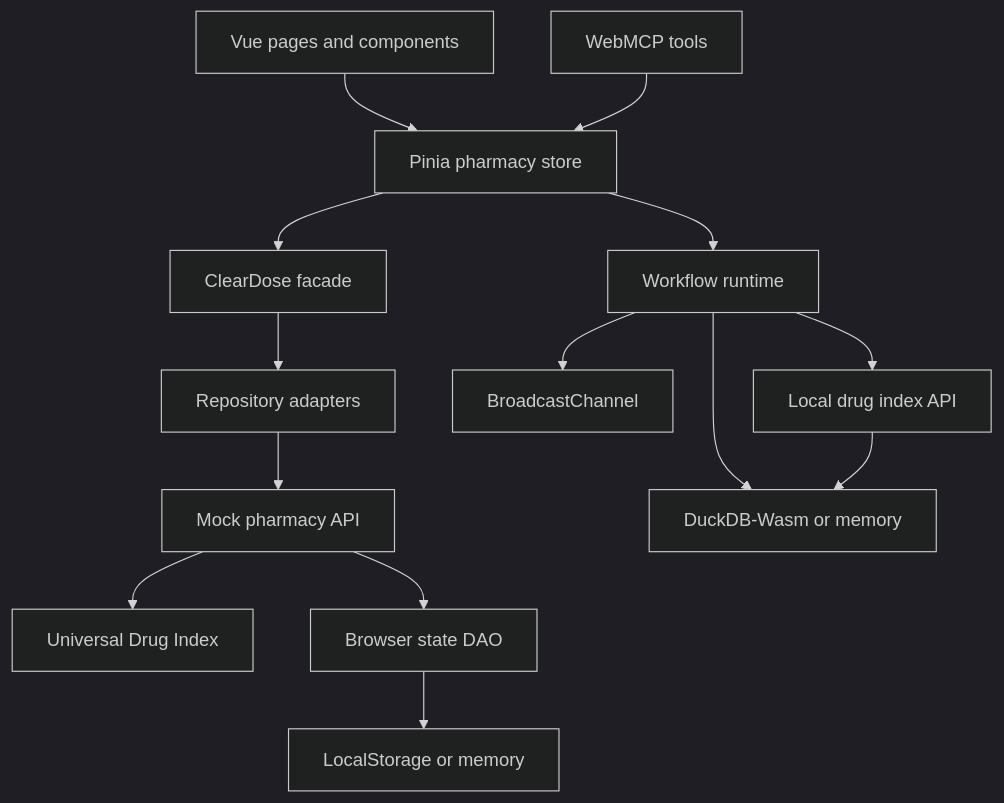
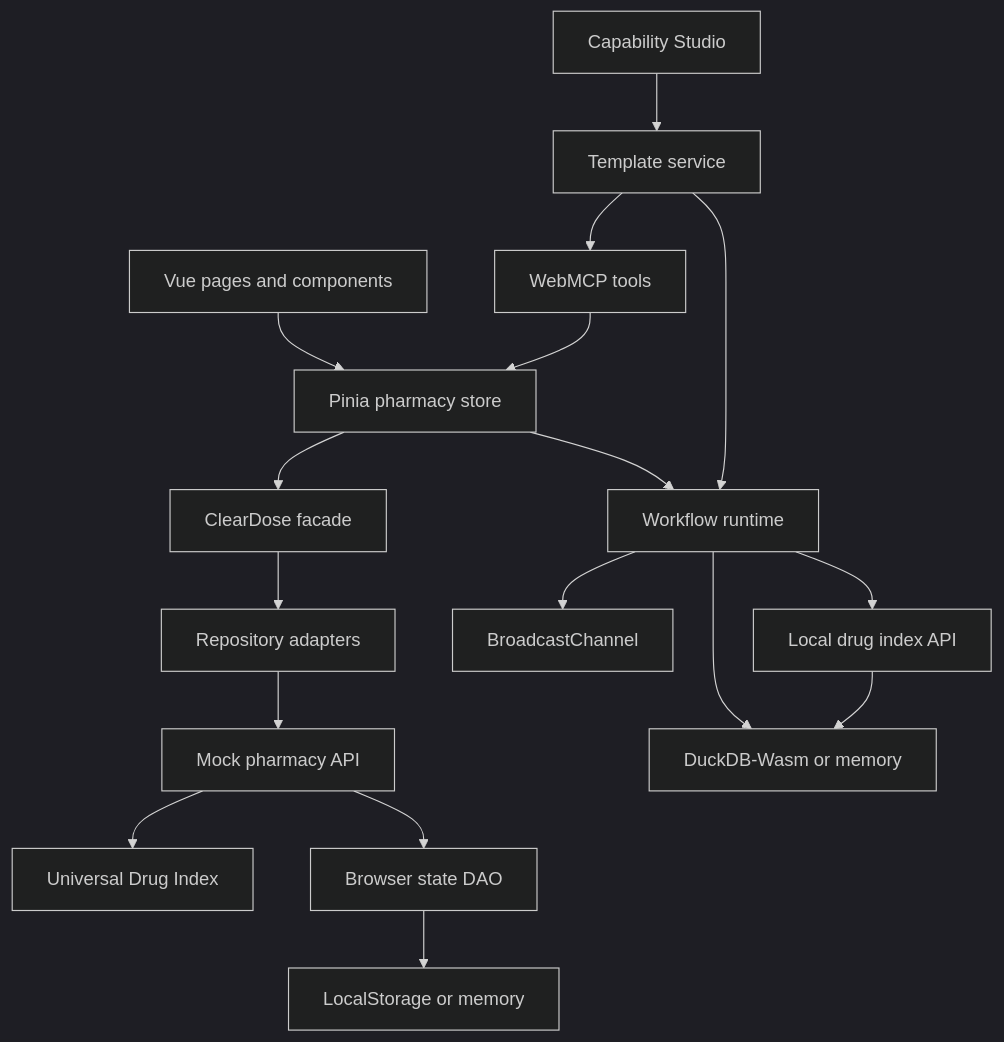
One commit to bclonan/cleardose changed the diagram in docs/ARCHITECTURE.md. Above: the diagram before and after it, drawn with Mermaid (dark theme). The commit also changed other lines of this file and 53 other files, not shown here.

Commit message:
Polish UI regression flows and capability studio

````diff
--- a/docs/ARCHITECTURE.md
+++ b/docs/ARCHITECTURE.md
@@ -3,16 +3,19 @@
 ```mermaid
 flowchart TD
   UI[Vue pages and components] --> Store[Pinia pharmacy store]
   Tools[WebMCP tools] --> Store
   Store --> Facade[ClearDose facade]
   Store --> Runtime[Workflow runtime]
+  Studio[Capability Studio] --> Templates[Template service]
+  Templates --> Runtime
+  Templates --> Tools
   Facade --> Repos[Repository adapters]
   Repos --> API[Mock pharmacy API]
   API --> UDI[Universal Drug Index]
   API --> DAO[Browser state DAO]
   DAO --> Storage[LocalStorage or memory]
   Runtime --> FlowDB[DuckDB-Wasm or memory]
   Runtime --> Channel[BroadcastChannel]
   Runtime --> LocalAPI[Local drug index API]
   LocalAPI --> FlowDB
 ```
````
